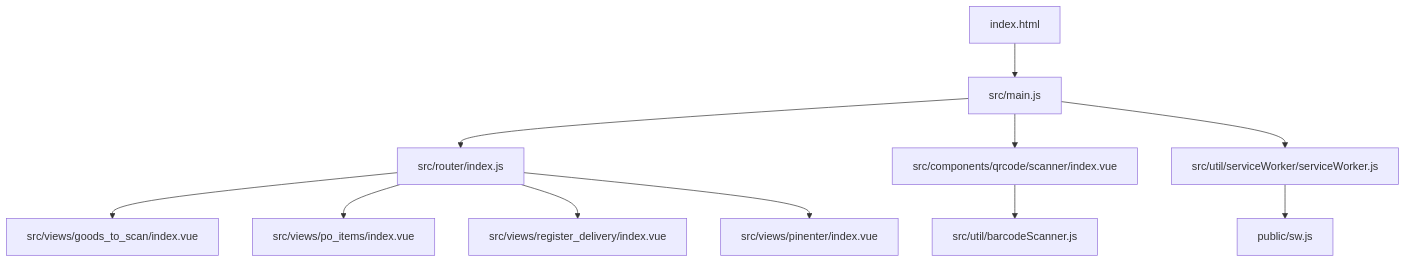
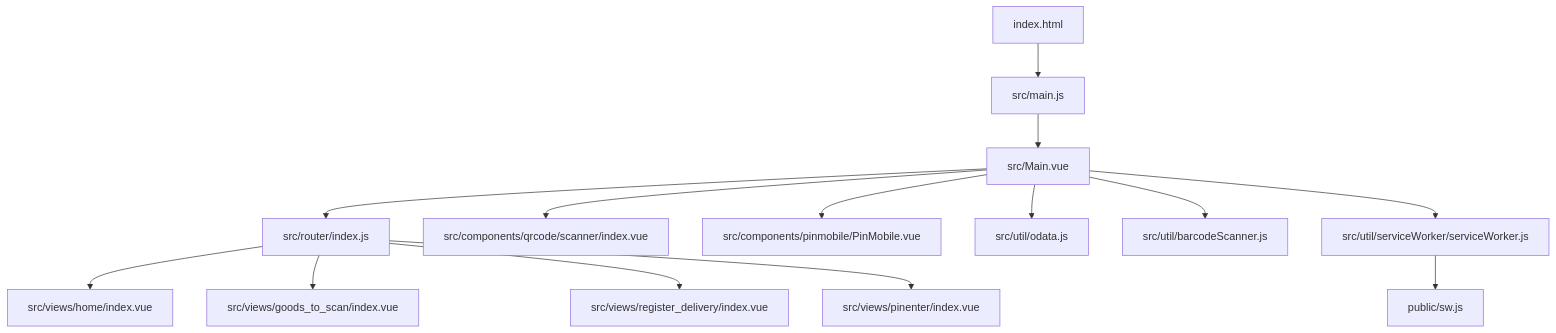
Before and after one commit to weiserman/ahm-gr-scanner-light-mode: the first of 6 diagrams in .qoder/repowiki/en/content/Project Overview.md, drawn with Mermaid. The commit also changed other lines of this file and 183 other files, not shown here.

````diff
--- a/.qoder/repowiki/en/content/Project Overview.md
+++ b/.qoder/repowiki/en/content/Project Overview.md
@@ -60,13 +73,16 @@
 ```mermaid
 graph TB
 A["index.html"] --> B["src/main.js"]
-B --> C["src/router/index.js"]
-C --> D["src/views/goods_to_scan/index.vue"]
-C --> E["src/views/po_items/index.vue"]
-C --> F["src/views/register_delivery/index.vue"]
-C --> G["src/views/pinenter/index.vue"]
-B --> H["src/components/qrcode/scanner/index.vue"]
-H --> I["src/util/barcodeScanner.js"]
-B --> J["src/util/serviceWorker/serviceWorker.js"]
-J --> K["public/sw.js"]
+B --> C["src/Main.vue"]
+C --> D["src/router/index.js"]
+D --> E["src/views/home/index.vue"]
+D --> F["src/views/goods_to_scan/index.vue"]
+D --> G["src/views/register_delivery/index.vue"]
+D --> H["src/views/pinenter/index.vue"]
+C --> I["src/components/qrcode/scanner/index.vue"]
+C --> J["src/components/pinmobile/PinMobile.vue"]
+C --> K["src/util/odata.js"]
+C --> L["src/util/barcodeScanner.js"]
+C --> M["src/util/serviceWorker/serviceWorker.js"]
+M --> N["public/sw.js"]
 ```
````
